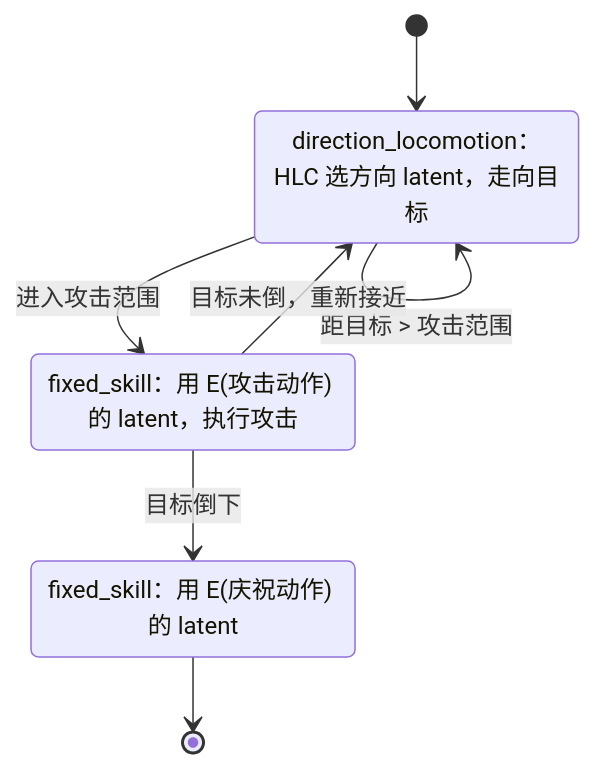
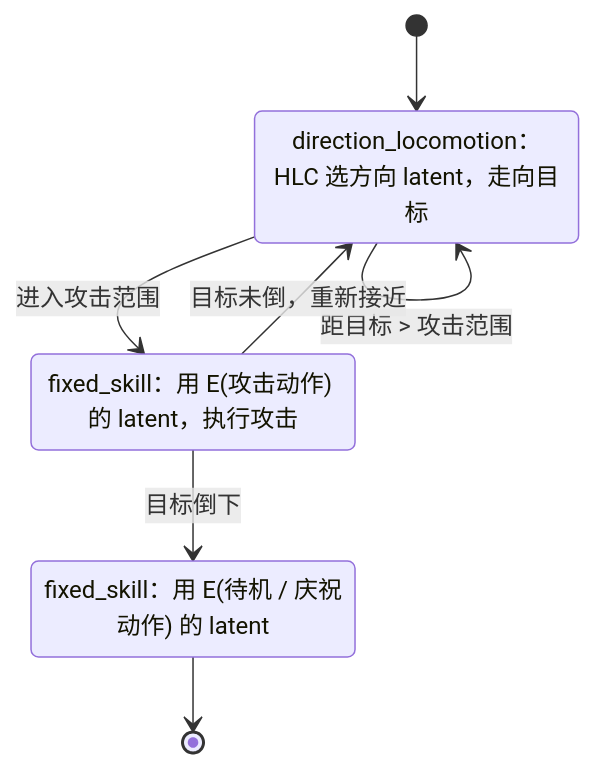
The eighth of 8 diagrams in papers/01_Foundational_RL/CALM_Conditional_Adversarial_Latent_Models_for_Directable_Virtual_Characters/CALM_Conditional_Adversarial_Latent_Models_for_Directable_Virtual_Characters.md (ImChong/Robot_Learning_Paper_Notebooks), drawn with Mermaid before and after one commit. The commit also changed other lines of this file and 3 other files, not shown here.

```diff
--- a/papers/01_Foundational_RL/CALM_Conditional_Adversarial_Latent_Models_for_Directable_Virtual_Characters/CALM_Conditional_Adversarial_Latent_Models_for_Directable_Virtual_Characters.md
+++ b/papers/01_Foundational_RL/CALM_Conditional_Adversarial_Latent_Models_for_Directable_Virtual_Characters/CALM_Conditional_Adversarial_Latent_Models_for_Directable_Virtual_Characters.md
@@ -463,12 +474,12 @@
 <div class="mermaid">
 stateDiagram-v2
     state "direction_locomotion：HLC 选方向 latent，走向目标" as WALK
     state "fixed_skill：用 E(攻击动作) 的 latent，执行攻击" as STRIKE
-    state "fixed_skill：用 E(庆祝动作) 的 latent" as WIN
+    state "fixed_skill：用 E(待机 / 庆祝动作) 的 latent" as WIN
     [*] --> WALK
     WALK --> WALK : 距目标 > 攻击范围
     WALK --> STRIKE : 进入攻击范围
     STRIKE --> WALK : 目标未倒，重新接近
     STRIKE --> WIN : 目标倒下
     WIN --> [*]
 </div>
```
